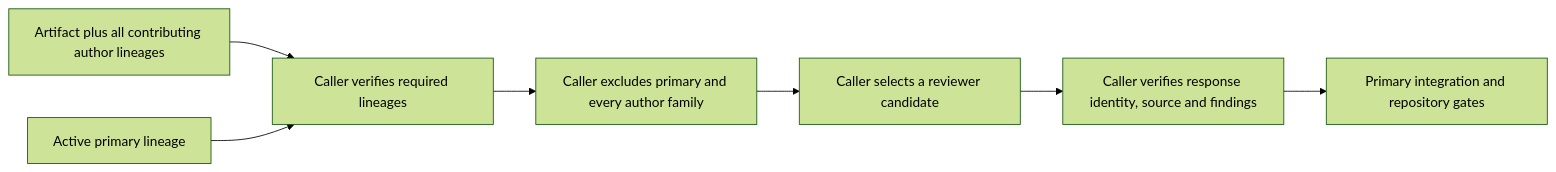
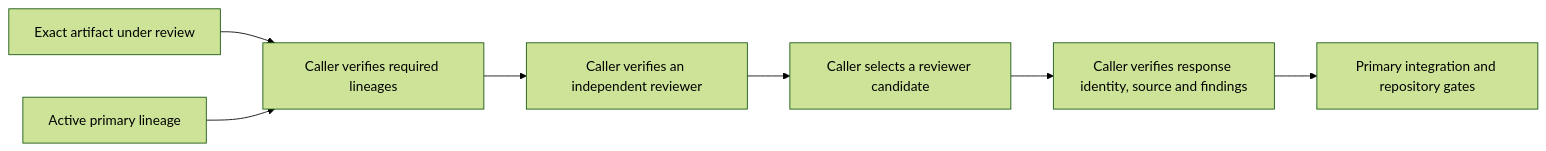
Before and after one commit to sumitake/agent-collab: the diagram in docs/architecture/governance-and-authority.md, drawn with Mermaid (forest theme). The commit also changed other lines of this file and 190 other files, not shown here.

First line of the commit message:
Release agent-collab 7.1.0 with Gemini architecture, governance and code generation (#243)

````diff
--- a/docs/architecture/governance-and-authority.md
+++ b/docs/architecture/governance-and-authority.md
@@ -49,9 +47,9 @@
 ```mermaid
 flowchart LR
-    Artifact["Artifact plus all contributing author lineages"] --> Eligibility["Caller verifies required lineages"]
+    Artifact["Exact artifact under review"] --> Eligibility["Caller verifies required lineages"]
     Primary["Active primary lineage"] --> Eligibility
-    Eligibility --> Exclude["Caller excludes primary and every author family"]
+    Eligibility --> Exclude["Caller verifies an independent reviewer"]
     Exclude --> Reviewer["Caller selects a reviewer candidate"]
     Reviewer --> Evidence["Caller verifies response identity, source and findings"]
     Evidence --> PrimaryGate["Primary integration and repository gates"]
 ```
````
